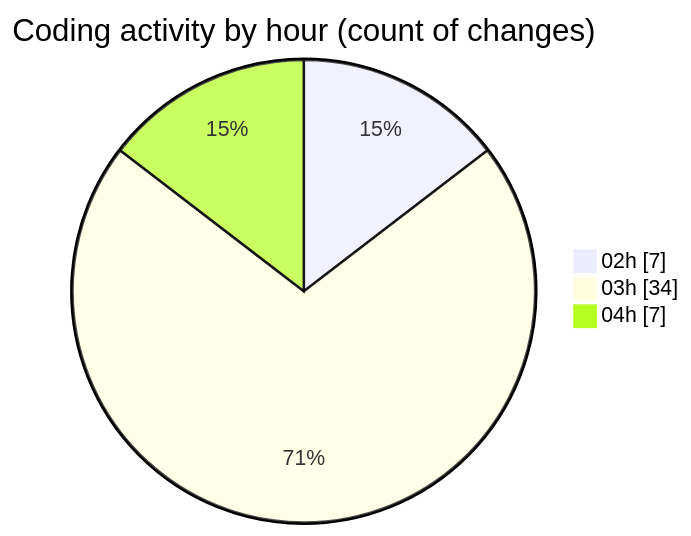
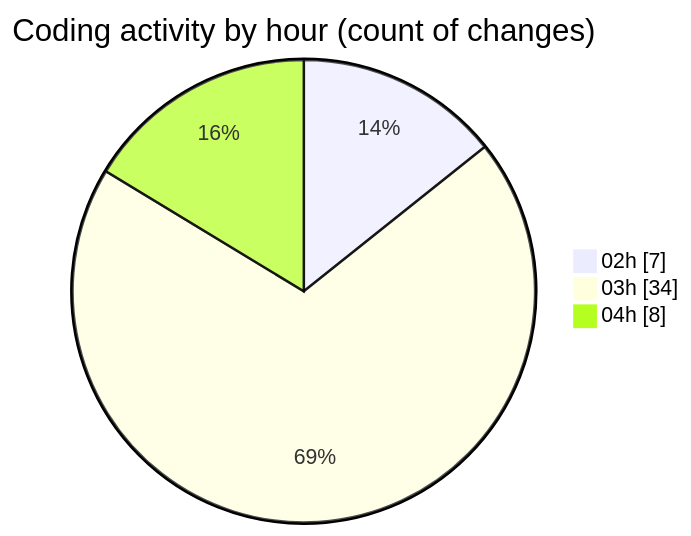
Before and after one commit to JenPaints/code-tracking: the second of 2 diagrams in 2025-05-29/kimberly-groups/README.md, drawn with Mermaid. The commit also changed other lines of this file and 1 other file, not shown here.

````diff
--- a/2025-05-29/kimberly-groups/README.md
+++ b/2025-05-29/kimberly-groups/README.md
@@ -33,7 +33,7 @@
 ```mermaid
 pie showData
 title Coding activity by hour (count of changes)
 "02h" : 7
 "03h" : 34
-"04h" : 7
+"04h" : 8
 ```
````
